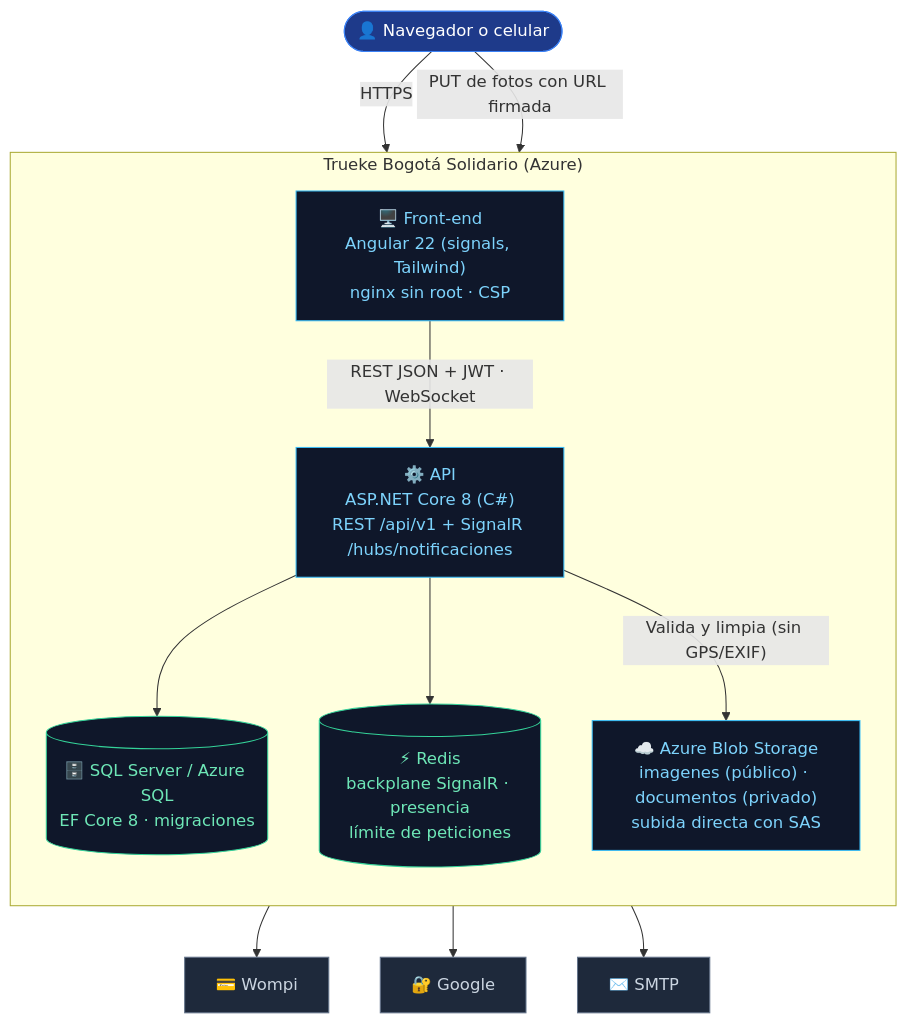
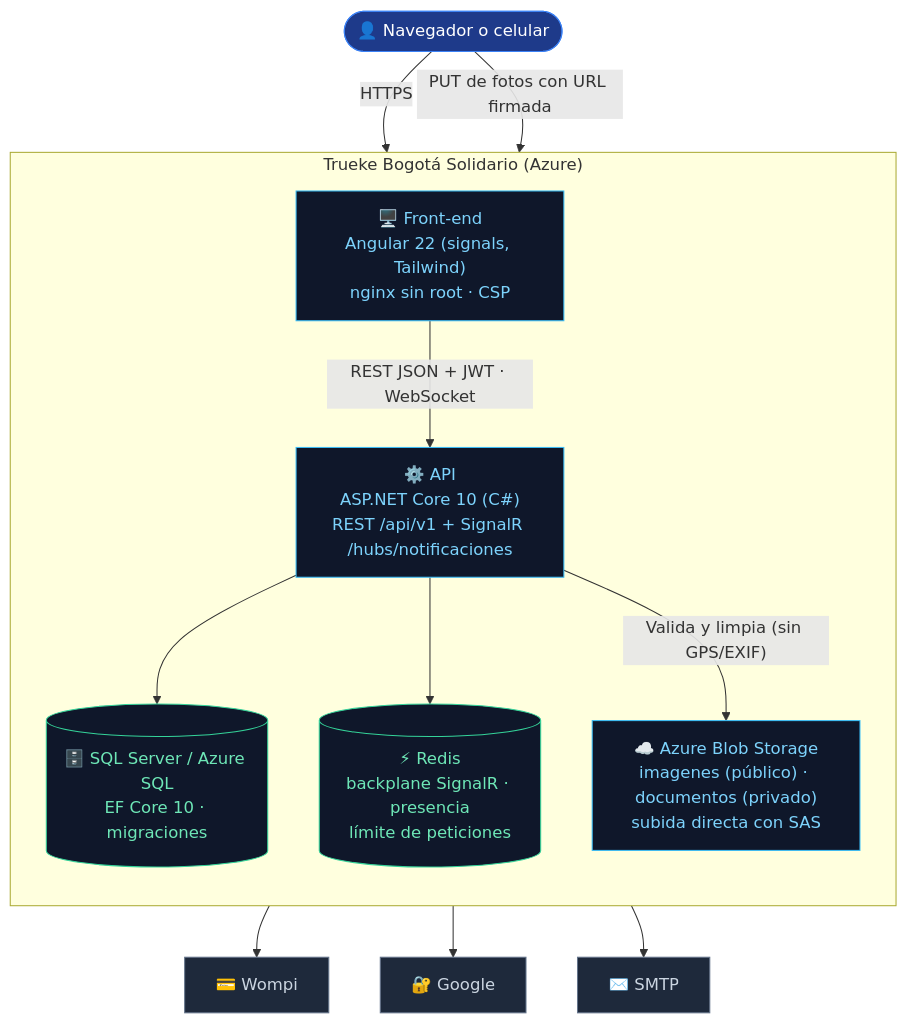
The second of 4 diagrams in docs/c4/C4_MODELO_TRUEKE.md (IngMartinG/TRUEKE-BOGOTA-SOLIDARIO-), drawn with Mermaid before and after one commit. The commit also changed 13 other files, not shown here.

````diff
--- a/docs/c4/C4_MODELO_TRUEKE.md
+++ b/docs/c4/C4_MODELO_TRUEKE.md
@@ -40,32 +40,32 @@
 ```mermaid
 flowchart TB
     U(["👤 Navegador o celular"]):::persona
 
     subgraph SYS["Trueke Bogotá Solidario (Azure)"]
         direction TB
         FE["🖥️ Front-end<br/>Angular 22 (signals, Tailwind)<br/>nginx sin root · CSP"]:::contenedor
-        API["⚙️ API<br/>ASP.NET Core 8 (C#)<br/>REST /api/v1 + SignalR /hubs/notificaciones"]:::contenedor
-        DB[("🗄️ SQL Server / Azure SQL<br/>EF Core 8 · migraciones")]:::datos
+        API["⚙️ API<br/>ASP.NET Core 10 (C#)<br/>REST /api/v1 + SignalR /hubs/notificaciones"]:::contenedor
+        DB[("🗄️ SQL Server / Azure SQL<br/>EF Core 10 · migraciones")]:::datos
         REDIS[("⚡ Redis<br/>backplane SignalR · presencia<br/>límite de peticiones")]:::datos
         BLOB["☁️ Azure Blob Storage<br/>imagenes (público) · documentos (privado)<br/>subida directa con SAS"]:::contenedor
     end
 
     WOMPI["💳 Wompi"]:::externo
     GOOGLE["🔐 Google"]:::externo
     SMTP["✉️ SMTP"]:::externo
 
     U -->|"HTTPS"| FE
     U -->|"PUT de fotos con URL firmada"| BLOB
     FE -->|"REST JSON + JWT · WebSocket"| API
     API --> DB
     API --> REDIS
     API -->|"Valida y limpia (sin GPS/EXIF)"| BLOB
     API --> WOMPI
     API --> GOOGLE
     API --> SMTP
 
     classDef persona fill:#1e3a8a,color:#fff,stroke:#3b82f6;
     classDef contenedor fill:#0f172a,color:#7dd3fc,stroke:#38bdf8;
     classDef datos fill:#0f172a,color:#6ee7b7,stroke:#34d399;
     classDef externo fill:#1e293b,color:#cbd5e1,stroke:#64748b;
 ```
````
